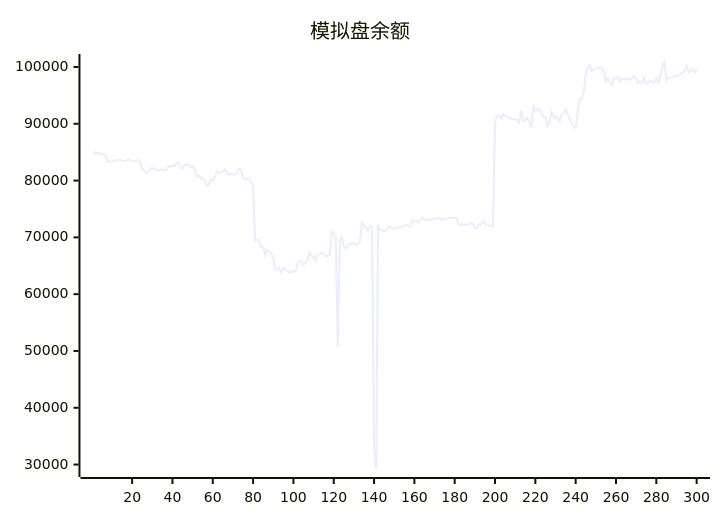
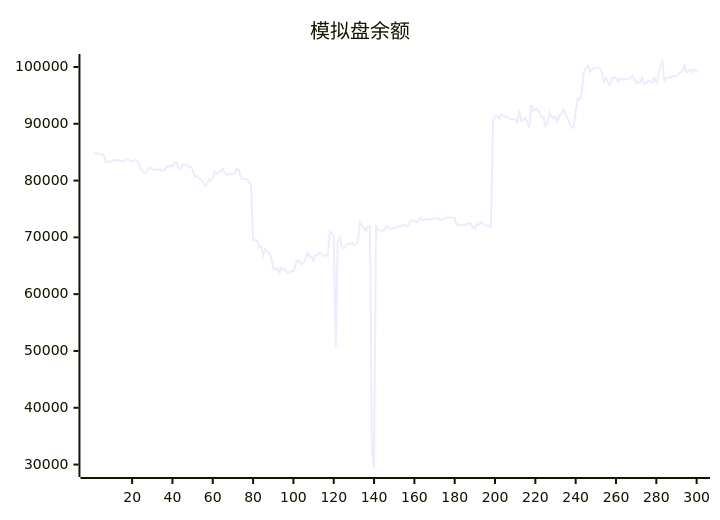
Before and after one commit to aahl/ai-trading: the diagram in README.md, drawn with Mermaid. The commit also changed other lines of this file and 1 other file, not shown here.

````diff
--- a/README.md
+++ b/README.md
@@ -5,5 +5,5 @@
 ```mermaid
 xychart
     title "模拟盘余额"
-    line [84643,85012,84772,84768,84690,84635,84376,83360,83357,83259,83474,83608,83606,83602,83548,83440,83454,83724,83644,83464,83365,83590,83592,83275,82072,81806,81344,81492,82109,82254,82006,81848,81955,81829,82022,81769,81776,82522,82441,82656,82498,83144,83144,82150,82038,82797,82763,82872,82367,82536,81981,80612,80862,80484,80242,80034,79063,79245,80226,80016,80507,81625,81233,81544,81578,82016,81401,81019,81186,81130,81118,81306,82066,81909,80392,80304,80291,80258,79729,79261,69466,69579,69456,68251,68415,66832,67911,67462,67144,66432,64380,64375,64606,63740,64647,64324,64216,63842,63877,64078,64008,65156,65945,65888,65157,65625,66144,67284,66653,66639,65924,66925,66956,67263,67108,66766,66729,66886,70927,70673,70049,50652,69334,69973,68400,68061,68578,68876,68879,69055,68662,68822,69329,72687,71999,71760,71162,71911,71896,32500,29218,71927,71297,71305,71044,71337,71883,71822,71536,71536,71622,71723,71880,71860,72100,72216,71887,72077,72940,72976,72966,72638,72948,73497,73004,73041,73173,73160,73186,73258,73375,73351,73173,73098,73161,73305,73474,73536,73457,73413,73412,72100,72333,72164,72272,72204,72285,72461,72421,71652,71521,72267,72157,72774,72424,72144,72060,72091,71858,90185,91338,91466,90900,91678,91404,91268,91244,90903,90779,90787,90721,90187,92429,90518,90619,91070,90328,89376,93286,92202,92581,92485,91947,91196,91259,89619,90086,92063,91355,90950,91327,90373,91498,91800,92531,91603,90910,90031,89351,89334,92097,94406,94315,95455,98972,99763,100286,99229,99622,99701,99805,99938,99738,99082,97430,98094,97267,96741,98081,98013,98194,97447,97983,97789,97969,97729,97911,98043,98405,97912,97120,97448,97154,98095,97021,97190,97616,97402,97263,98035,97210,98424,100120,100876,97552,98049,98085,98228,98388,98342,98488,98750,99086,99181,100188,99107,99272,99553,99072,99636]
+    line [85012,84772,84768,84690,84635,84376,83360,83357,83259,83474,83608,83606,83602,83548,83440,83454,83724,83644,83464,83365,83590,83592,83275,82072,81806,81344,81492,82109,82254,82006,81848,81955,81829,82022,81769,81776,82522,82441,82656,82498,83144,83144,82150,82038,82797,82763,82872,82367,82536,81981,80612,80862,80484,80242,80034,79063,79245,80226,80016,80507,81625,81233,81544,81578,82016,81401,81019,81186,81130,81118,81306,82066,81909,80392,80304,80291,80258,79729,79261,69466,69579,69456,68251,68415,66832,67911,67462,67144,66432,64380,64375,64606,63740,64647,64324,64216,63842,63877,64078,64008,65156,65945,65888,65157,65625,66144,67284,66653,66639,65924,66925,66956,67263,67108,66766,66729,66886,70927,70673,70049,50652,69334,69973,68400,68061,68578,68876,68879,69055,68662,68822,69329,72687,71999,71760,71162,71911,71896,32500,29218,71927,71297,71305,71044,71337,71883,71822,71536,71536,71622,71723,71880,71860,72100,72216,71887,72077,72940,72976,72966,72638,72948,73497,73004,73041,73173,73160,73186,73258,73375,73351,73173,73098,73161,73305,73474,73536,73457,73413,73412,72100,72333,72164,72272,72204,72285,72461,72421,71652,71521,72267,72157,72774,72424,72144,72060,72091,71858,90185,91338,91466,90900,91678,91404,91268,91244,90903,90779,90787,90721,90187,92429,90518,90619,91070,90328,89376,93286,92202,92581,92485,91947,91196,91259,89619,90086,92063,91355,90950,91327,90373,91498,91800,92531,91603,90910,90031,89351,89334,92097,94406,94315,95455,98972,99763,100286,99229,99622,99701,99805,99938,99738,99082,97430,98094,97267,96741,98081,98013,98194,97447,97983,97789,97969,97729,97911,98043,98405,97912,97120,97448,97154,98095,97021,97190,97616,97402,97263,98035,97210,98424,100120,100876,97552,98049,98085,98228,98388,98342,98488,98750,99086,99181,100188,99107,99272,99553,99072,99636,99061]
 ```
````
